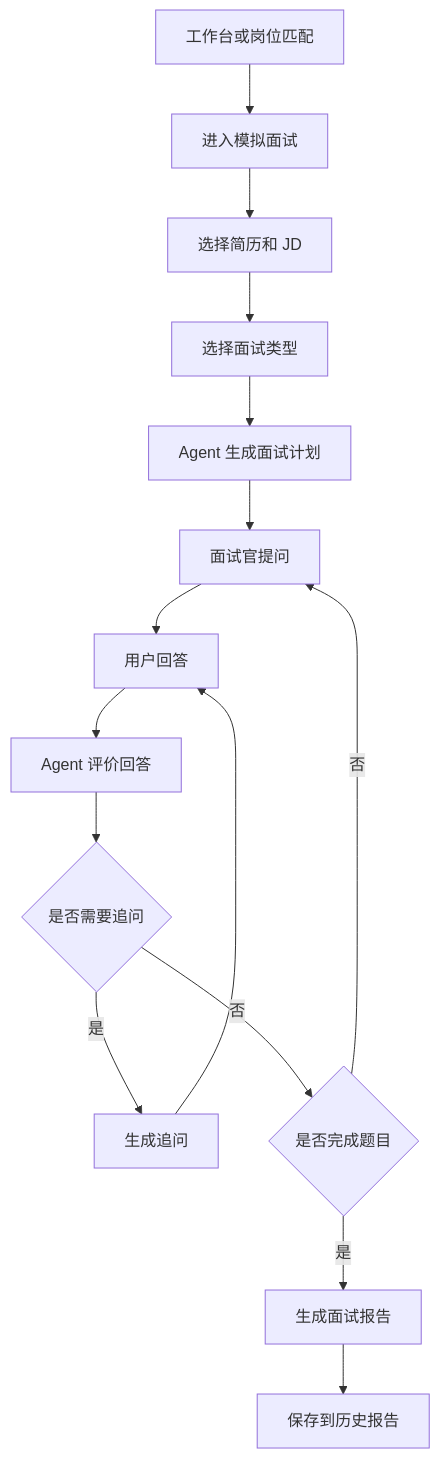
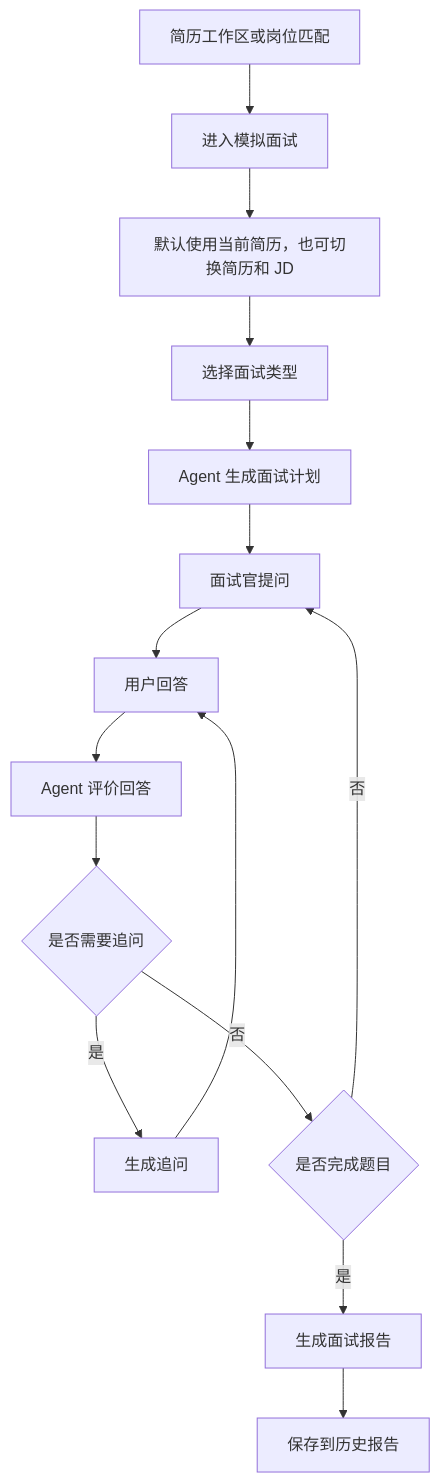
One commit to B20031620/careerpilot-resume-agent changed the fourth of 5 diagrams in docs/design.md. Above: the diagram before and after it, drawn with Mermaid. The commit also changed other lines of this file and 22 other files, not shown here.

````diff
--- a/docs/design.md
+++ b/docs/design.md
@@ -879,17 +887,17 @@
 ```mermaid
 flowchart TD
-    A["工作台或岗位匹配"] --> B["进入模拟面试"]
-    B --> C["选择简历和 JD"]
+    A["简历工作区或岗位匹配"] --> B["进入模拟面试"]
+    B --> C["默认使用当前简历，也可切换简历和 JD"]
     C --> D["选择面试类型"]
     D --> E["Agent 生成面试计划"]
     E --> F["面试官提问"]
     F --> G["用户回答"]
     G --> H["Agent 评价回答"]
     H --> I{"是否需要追问"}
     I -- "是" --> J["生成追问"]
     J --> G
     I -- "否" --> K{"是否完成题目"}
     K -- "否" --> F
     K -- "是" --> L["生成面试报告"]
     L --> M["保存到历史报告"]
 ```
````
